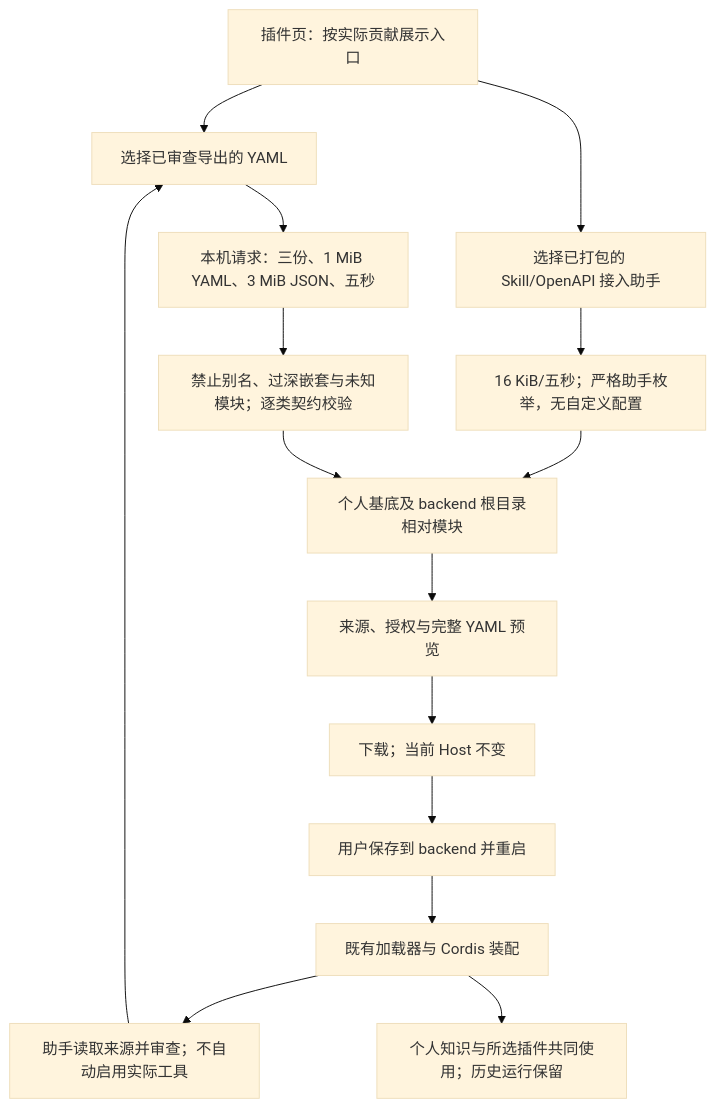
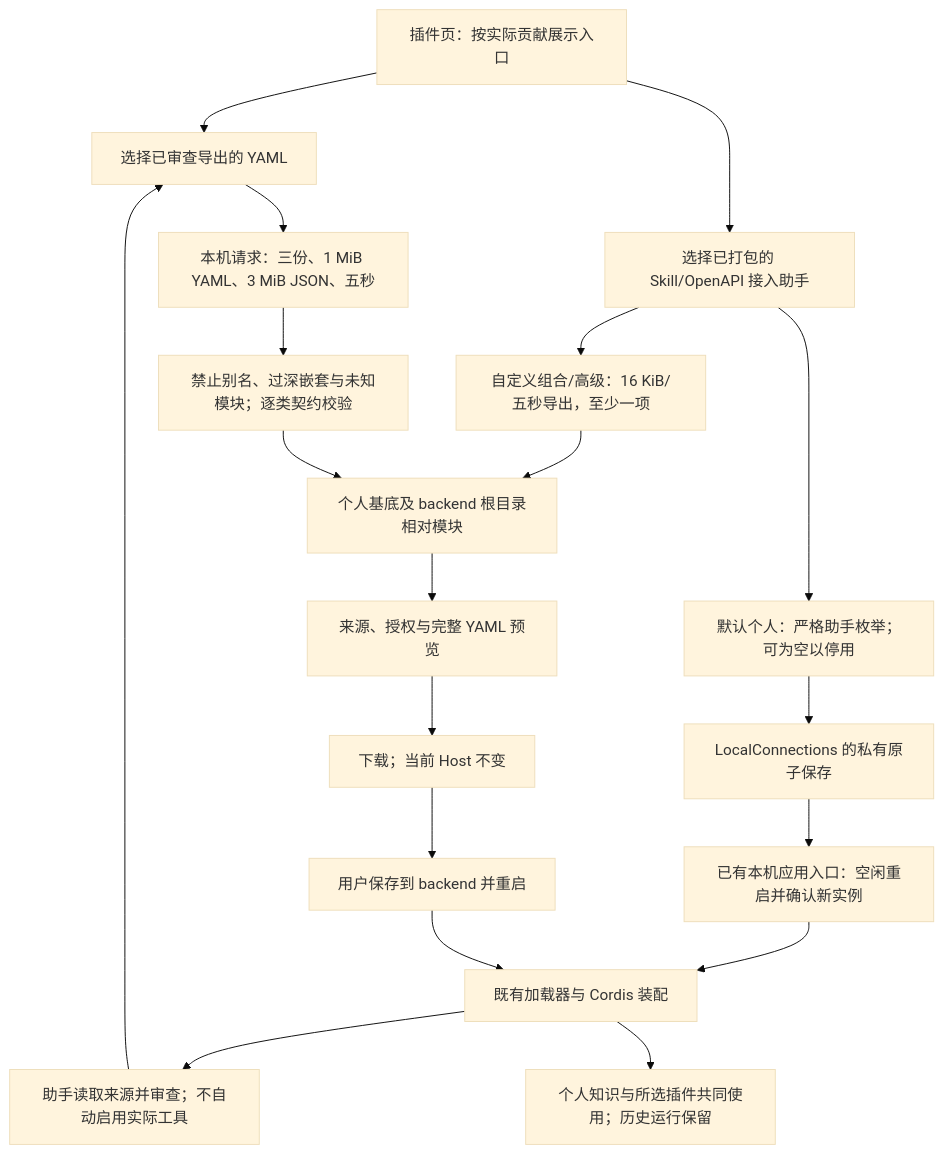
Before and after one commit to KlayPeter/AI-Delivery-Ops-Agent: the diagram in backend/src/connectors/profile-workbench/FEATURE.md, drawn with Mermaid (base theme). The commit also changed other lines of this file and 27 other files, not shown here.

````diff
--- a/backend/src/connectors/profile-workbench/FEATURE.md
+++ b/backend/src/connectors/profile-workbench/FEATURE.md
@@ -19,17 +19,21 @@
 ```mermaid
 flowchart TD
     C[插件页：按实际贡献展示入口] --> F[选择已审查导出的 YAML]
     C --> A[选择已打包的 Skill/OpenAPI 接入助手]
-    A --> Q[16 KiB/五秒；严格助手枚举，无自定义配置]
+    A --> NORMAL[默认个人：严格助手枚举；可为空以停用]
+    NORMAL --> SAVE[LocalConnections 的私有原子保存]
+    SAVE --> APPLY[已有本机应用入口：空闲重启并确认新实例]
+    APPLY --> H
+    A --> Q[自定义组合/高级：16 KiB/五秒导出，至少一项]
     Q --> P
     H --> DISCOVERY[助手读取来源并审查；不自动启用实际工具]
     DISCOVERY --> F
     F --> R[本机请求：三份、1 MiB YAML、3 MiB JSON、五秒]
     R --> S[禁止别名、过深嵌套与未知模块；逐类契约校验]
     S --> P[个人基底及 backend 根目录相对模块]
     P --> V[来源、授权与完整 YAML 预览]
     V --> D[下载；当前 Host 不变]
     D --> U[用户保存到 backend 并重启]
     U --> H[既有加载器与 Cordis 装配]
     H --> K[个人知识与所选插件共同使用；历史运行保留]
 ```
````
